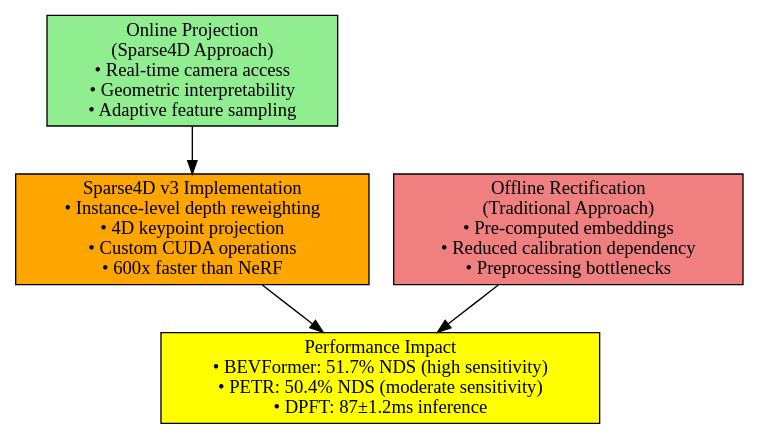
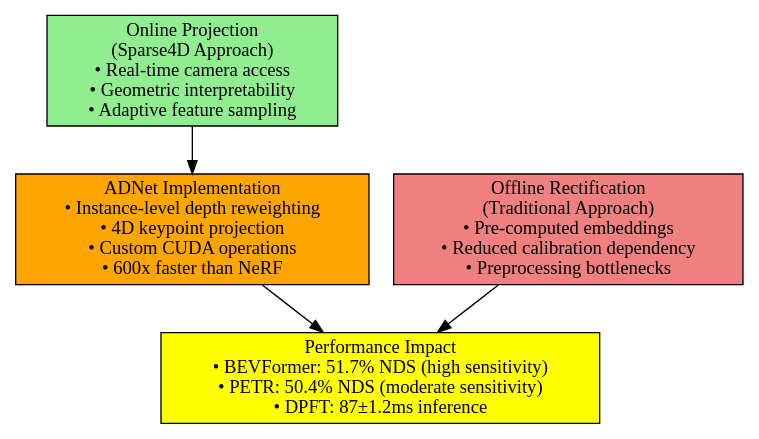
The second of 4 diagrams in docs/project.md (surajroland/ad-net), drawn with Graphviz before and after one commit. The commit also changed other lines of this file and 42 other files, not shown here.

````diff
--- a/docs/project.md
+++ b/docs/project.md
@@ -1657,21 +1657,21 @@
 ```graphviz
 digraph CameraParameterImplementation {
     rankdir=TB;
     node [shape=box, style=filled];
     
     // Online vs Offline distinction
     Online [label="Online Projection\n(Sparse4D Approach)\n• Real-time camera access\n• Geometric interpretability\n• Adaptive feature sampling", fillcolor=lightgreen];
     
     Offline [label="Offline Rectification\n(Traditional Approach)\n• Pre-computed embeddings\n• Reduced calibration dependency\n• Preprocessing bottlenecks", fillcolor=lightcoral];
     
     // Sparse4D specific implementation
-    Sparse4DImpl [label="Sparse4D v3 Implementation\n• Instance-level depth reweighting\n• 4D keypoint projection\n• Custom CUDA operations\n• 600x faster than NeRF", fillcolor=orange];
+    Sparse4DImpl [label="ADNet Implementation\n• Instance-level depth reweighting\n• 4D keypoint projection\n• Custom CUDA operations\n• 600x faster than NeRF", fillcolor=orange];
     
     // Performance metrics
     Performance [label="Performance Impact\n• BEVFormer: 51.7% NDS (high sensitivity)\n• PETR: 50.4% NDS (moderate sensitivity)\n• DPFT: 87±1.2ms inference", fillcolor=yellow];
     
     Online -> Sparse4DImpl;
     Offline -> Performance;
     Sparse4DImpl -> Performance;
 }
 ```
````
